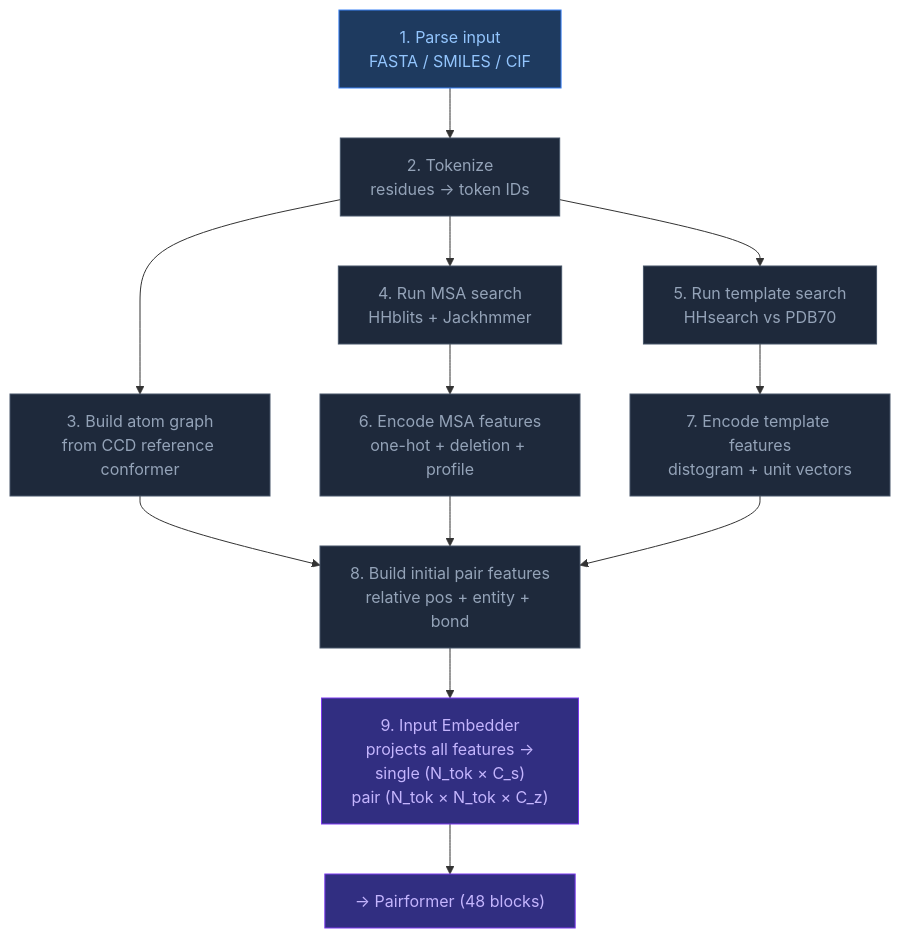
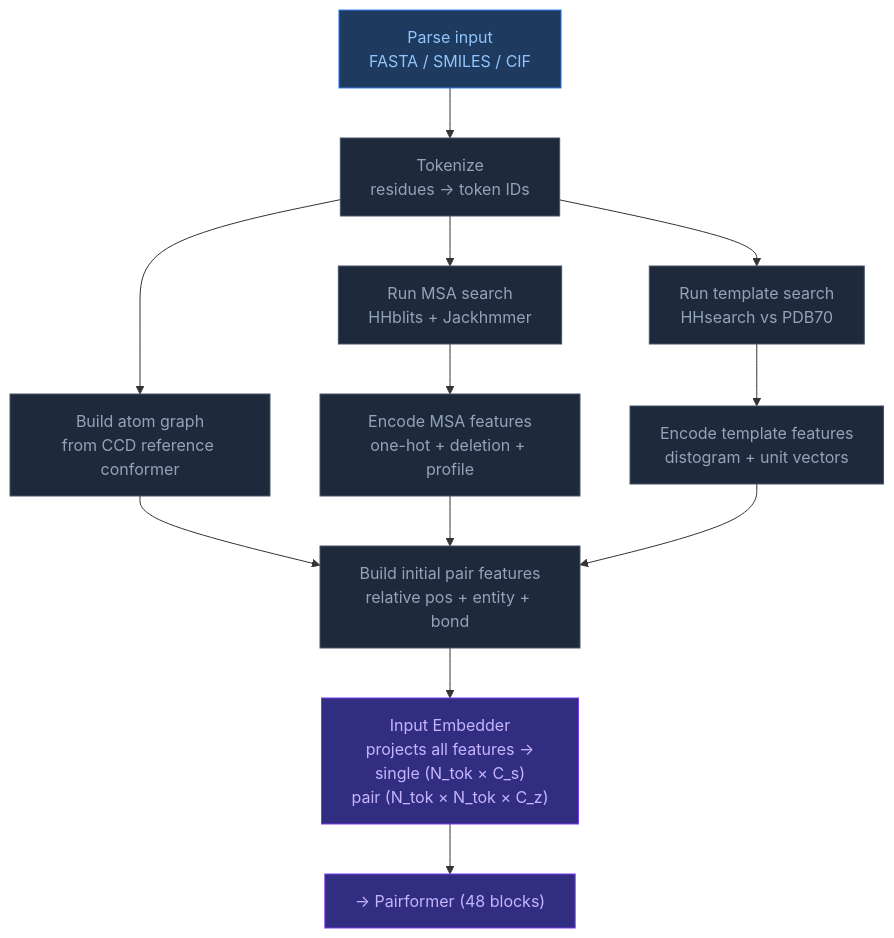
The fourth of 4 diagrams in EN/1. AlphaFold3/1.2. Architecture/1.2.6. Featurization.md (OlehVolkov/AlphaFold3-AIGen-KnowledgeBase), drawn with Mermaid before and after one commit. The commit also changed other lines of this file and 133 other files, not shown here.

````diff
--- a/EN/1. AlphaFold3/1.2. Architecture/1.2.6. Featurization.md
+++ b/EN/1. AlphaFold3/1.2. Architecture/1.2.6. Featurization.md
@@ -193,22 +193,25 @@
 ```mermaid
 flowchart TD
-    A["1. Parse input<br/>FASTA / SMILES / CIF"]:::input
-    B["2. Tokenize<br/>residues → token IDs"]:::proc
-    C["3. Build atom graph<br/>from CCD reference conformer"]:::proc
-    D["4. Run MSA search<br/>HHblits + Jackhmmer"]:::proc
-    E["5. Run template search<br/>HHsearch vs PDB70"]:::proc
-    F["6. Encode MSA features<br/>one-hot + deletion + profile"]:::proc
-    G["7. Encode template features<br/>distogram + unit vectors"]:::proc
-    H["8. Build initial pair features<br/>relative pos + entity + bond"]:::proc
-    I["9. Input Embedder<br/>projects all features →<br/>single (N_tok × C_s)<br/>pair (N_tok × N_tok × C_z)"]:::trunk
+    A["Parse input<br/>FASTA / SMILES / CIF"]:::input
+    B["Tokenize<br/>residues → token IDs"]:::neutral
+    C["Build atom graph<br/>from CCD reference conformer"]:::neutral
+    D["Run MSA search<br/>HHblits + Jackhmmer"]:::neutral
+    E["Run template search<br/>HHsearch vs PDB70"]:::neutral
+    F["Encode MSA features<br/>one-hot + deletion + profile"]:::neutral
+    G["Encode template features<br/>distogram + unit vectors"]:::neutral
+    H["Build initial pair features<br/>relative pos + entity + bond"]:::neutral
+    I["Input Embedder<br/>projects all features →<br/>single (N_tok × C_s)<br/>pair (N_tok × N_tok × C_z)"]:::trunk
     J["→ Pairformer (48 blocks)"]:::trunk
 
     A --> B --> C
     B --> D --> F
     B --> E --> G
     C & F & G --> H --> I --> J
 
     classDef input fill:#1e3a5f,stroke:#3b82f6,color:#93c5fd
-    classDef proc  fill:#1e293b,stroke:#475569,color:#94a3b8
     classDef trunk fill:#312e81,stroke:#7c3aed,color:#c4b5fd
+    classDef diffusion fill:#3f1d2e,stroke:#ec4899,color:#f9a8d4
+    classDef confidence fill:#3f3a1d,stroke:#f59e0b,color:#fde68a
+    classDef output fill:#14532d,stroke:#22c55e,color:#86efac
+    classDef neutral fill:#1e293b,stroke:#475569,color:#94a3b8
 ```
````
